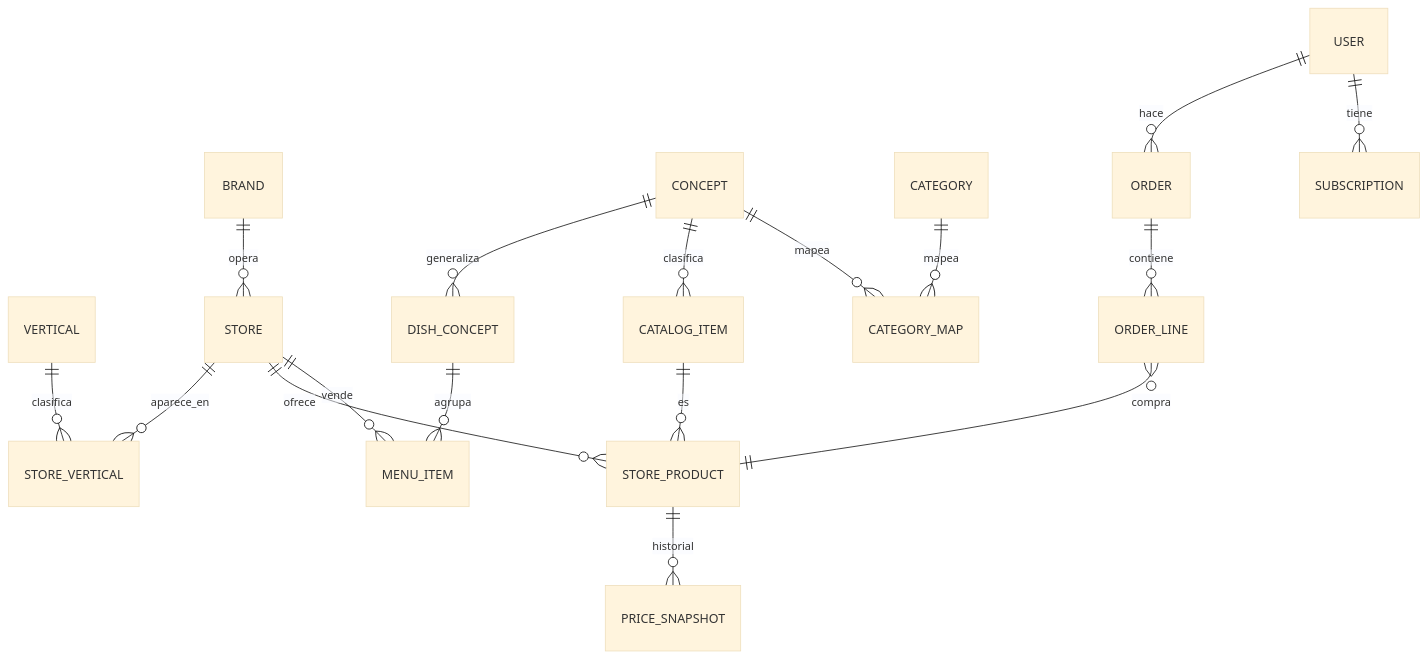
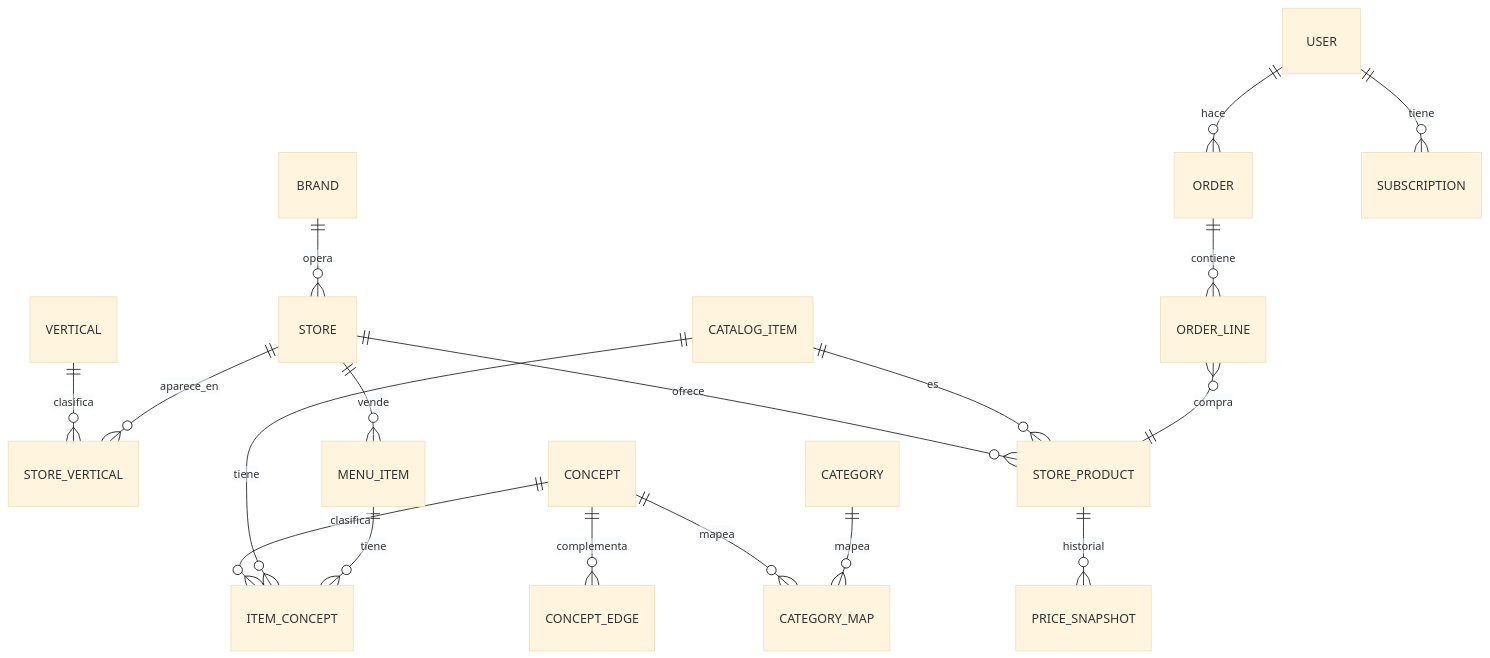
Before and after one commit to yungzyx/project-rappi-dlab-v0: the diagram in docs/ecosistema-rappi.md, drawn with Mermaid (base theme). The commit also changed other lines of this file and 23 other files, not shown here.

First line of the commit message:
docs: repositorio presentable para Rappi (README, índice, decisiones y diagramas)

````diff
--- a/docs/ecosistema-rappi.md
+++ b/docs/ecosistema-rappi.md
@@ -70,19 +74,20 @@
 ```mermaid
 erDiagram
     VERTICAL ||--o{ STORE_VERTICAL : clasifica
     BRAND ||--o{ STORE : opera
     STORE ||--o{ STORE_VERTICAL : aparece_en
     STORE ||--o{ STORE_PRODUCT : ofrece
     CATALOG_ITEM ||--o{ STORE_PRODUCT : es
     STORE_PRODUCT ||--o{ PRICE_SNAPSHOT : historial
     STORE ||--o{ MENU_ITEM : vende
-    DISH_CONCEPT ||--o{ MENU_ITEM : agrupa
-    CONCEPT ||--o{ DISH_CONCEPT : generaliza
-    CONCEPT ||--o{ CATALOG_ITEM : clasifica
+    CONCEPT ||--o{ ITEM_CONCEPT : clasifica
+    CATALOG_ITEM ||--o{ ITEM_CONCEPT : tiene
+    MENU_ITEM ||--o{ ITEM_CONCEPT : tiene
+    CONCEPT ||--o{ CONCEPT_EDGE : complementa
     CONCEPT ||--o{ CATEGORY_MAP : mapea
     CATEGORY ||--o{ CATEGORY_MAP : mapea
     USER ||--o{ ORDER : hace
     ORDER ||--o{ ORDER_LINE : contiene
     ORDER_LINE }o--|| STORE_PRODUCT : compra
     USER ||--o{ SUBSCRIPTION : tiene
 ```
````
